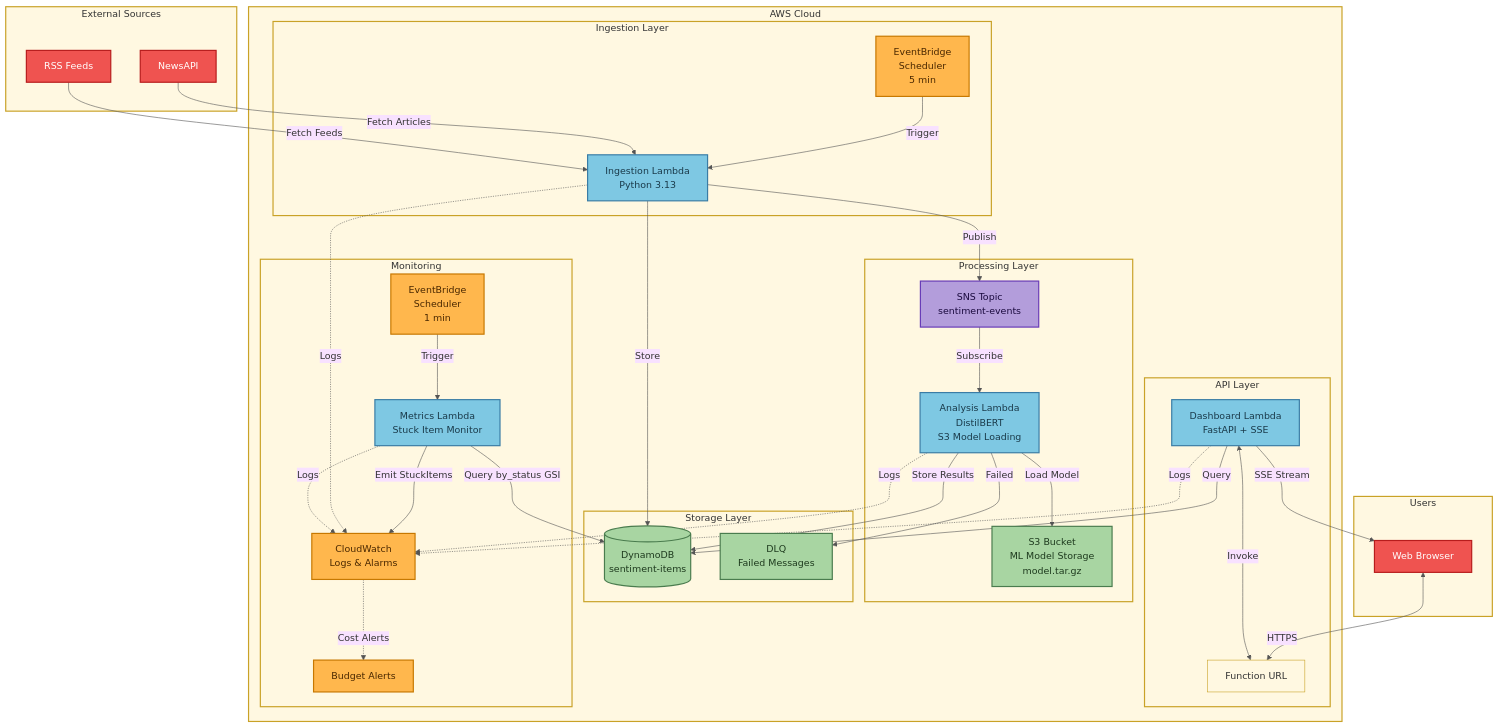
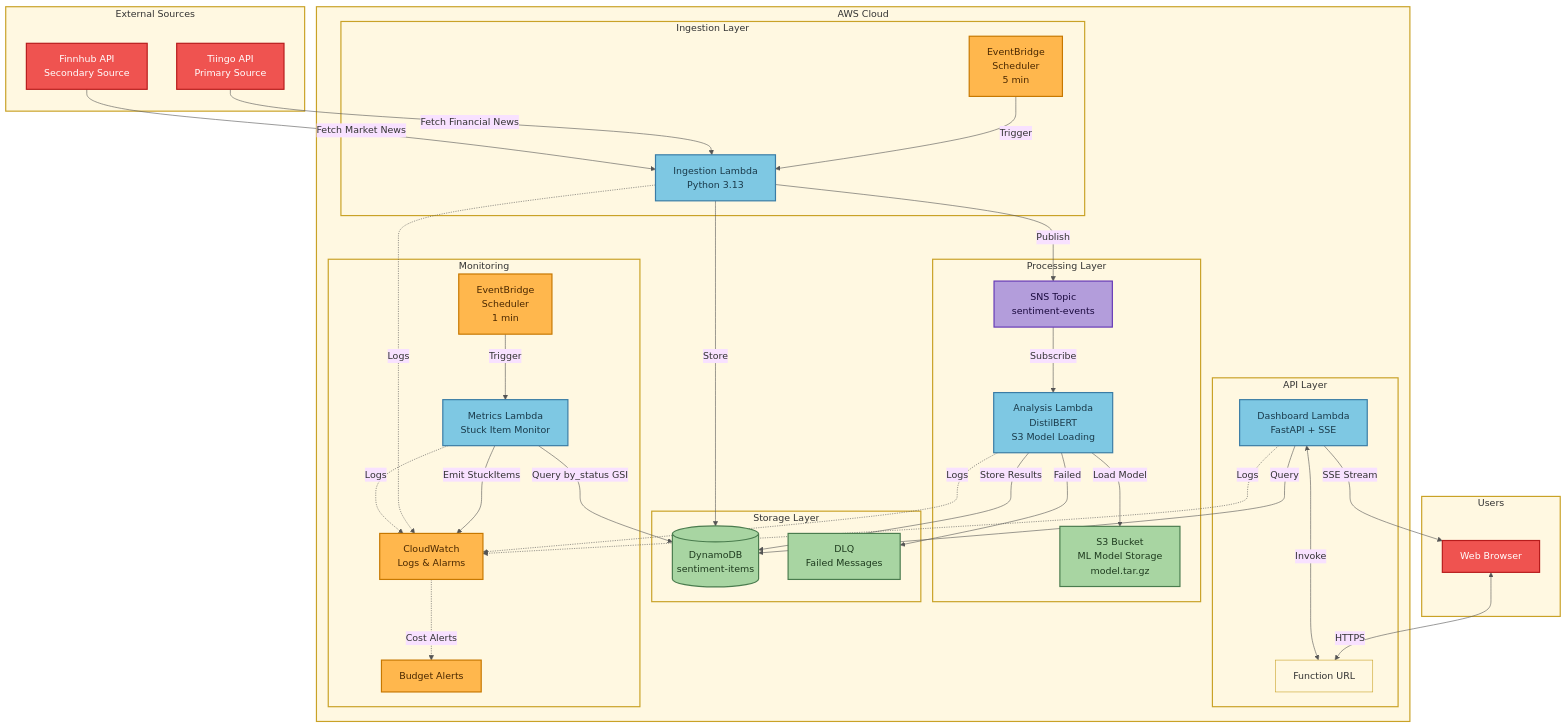
Before and after one commit to traylorre/sentiment-analyzer-gsk: the second of 4 diagrams in README.md, drawn with Mermaid. The commit also changed other lines of this file and 6 other files, not shown here.

First line of the commit message:
docs: Update documentation for Feature 006 (Tiingo/Finnhub)

````diff
--- a/README.md
+++ b/README.md
@@ -191,8 +191,8 @@
 %%{init: {'theme':'base', 'themeVariables': {'primaryColor':'#fff8e1', 'primaryTextColor':'#333', 'primaryBorderColor':'#c9a227', 'lineColor':'#555'}}}%%
 graph TB
     subgraph External["External Sources"]
-        NewsAPI[NewsAPI]
-        RSS[RSS Feeds]
+        Tiingo[Tiingo API<br/>Primary Source]
+        Finnhub[Finnhub API<br/>Secondary Source]
     end
 
     subgraph AWS["AWS Cloud"]
@@ -230,8 +230,8 @@
     end
 
     EB -->|Trigger| Ingestion
-    NewsAPI -->|Fetch Articles| Ingestion
-    RSS -->|Fetch Feeds| Ingestion
+    Tiingo -->|Fetch Financial News| Ingestion
+    Finnhub -->|Fetch Market News| Ingestion
 
     Ingestion -->|Publish| SNS
     Ingestion -->|Store| DDB
@@ -269,5 +269,5 @@
     class DDB,DLQ,S3Model storageStyle
     class SNS messagingStyle
     class CW,Budget,EBMetrics,EB monitoringStyle
-    class NewsAPI,RSS,Browser externalStyle
+    class Tiingo,Finnhub,Browser externalStyle
 ```
````
